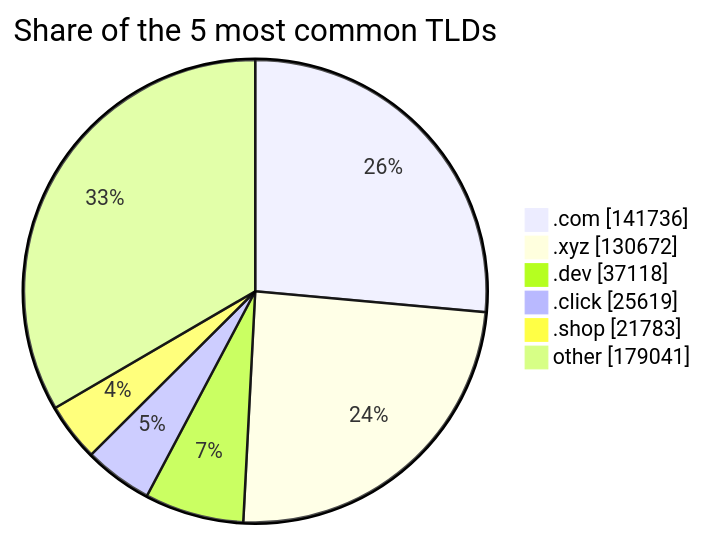
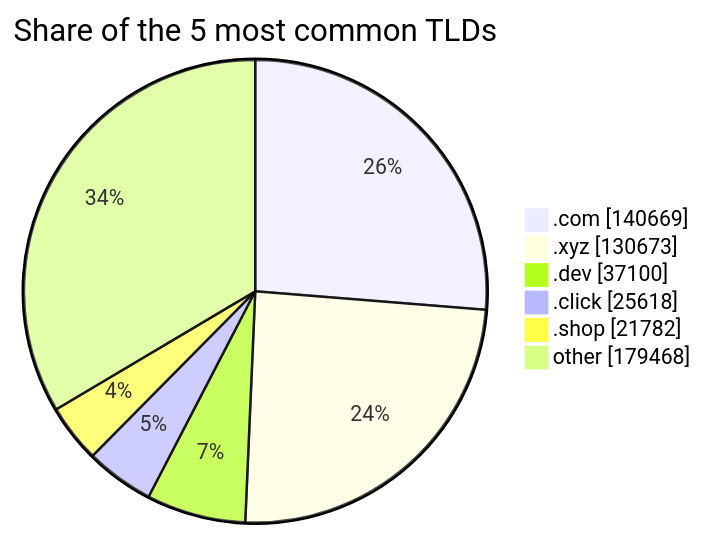
One commit to DNSBunker/CTI changed the third of 3 diagrams in README.md. Above: the diagram before and after it, drawn with Mermaid. The commit also changed other lines of this file and 3 other files, not shown here.

````diff
--- a/README.md
+++ b/README.md
@@ -81,9 +81,9 @@
 ```mermaid
 pie showData title Share of the 5 most common TLDs
-    ".com" : 141736
-    ".xyz" : 130672
-    ".dev" : 37118
-    ".click" : 25619
-    ".shop" : 21783
-    "other" : 179041
+    ".com" : 140669
+    ".xyz" : 130673
+    ".dev" : 37100
+    ".click" : 25618
+    ".shop" : 21782
+    "other" : 179468
 ```
````
